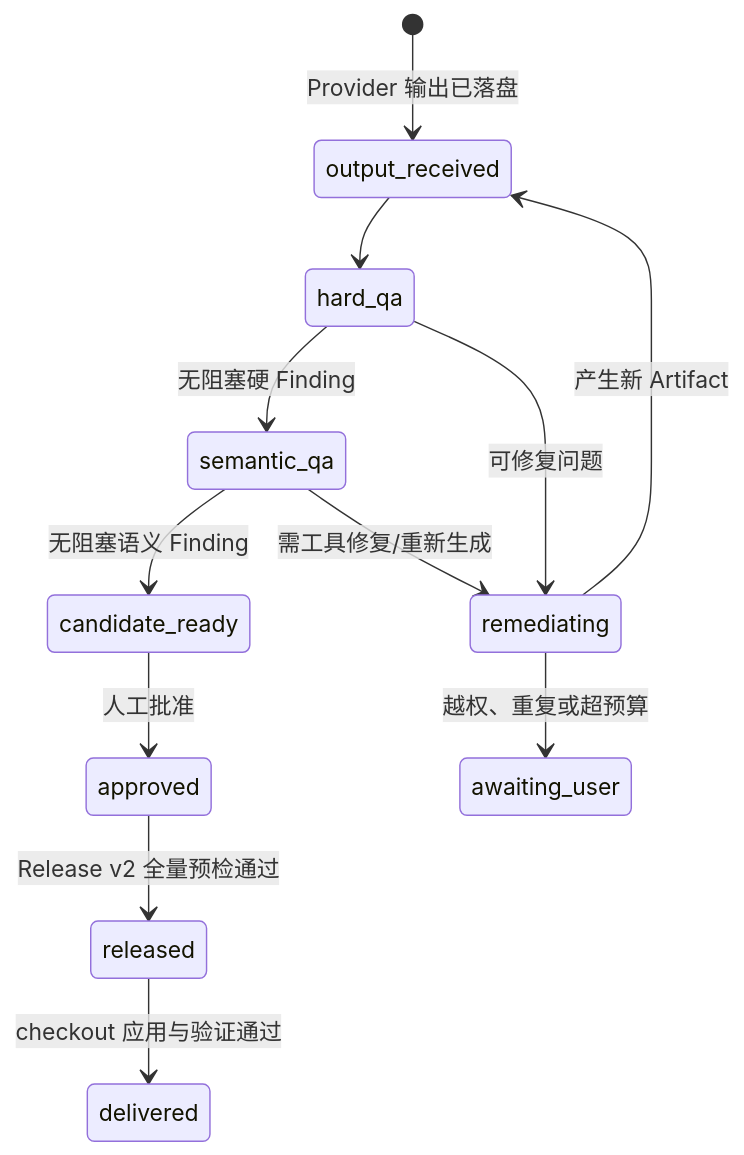
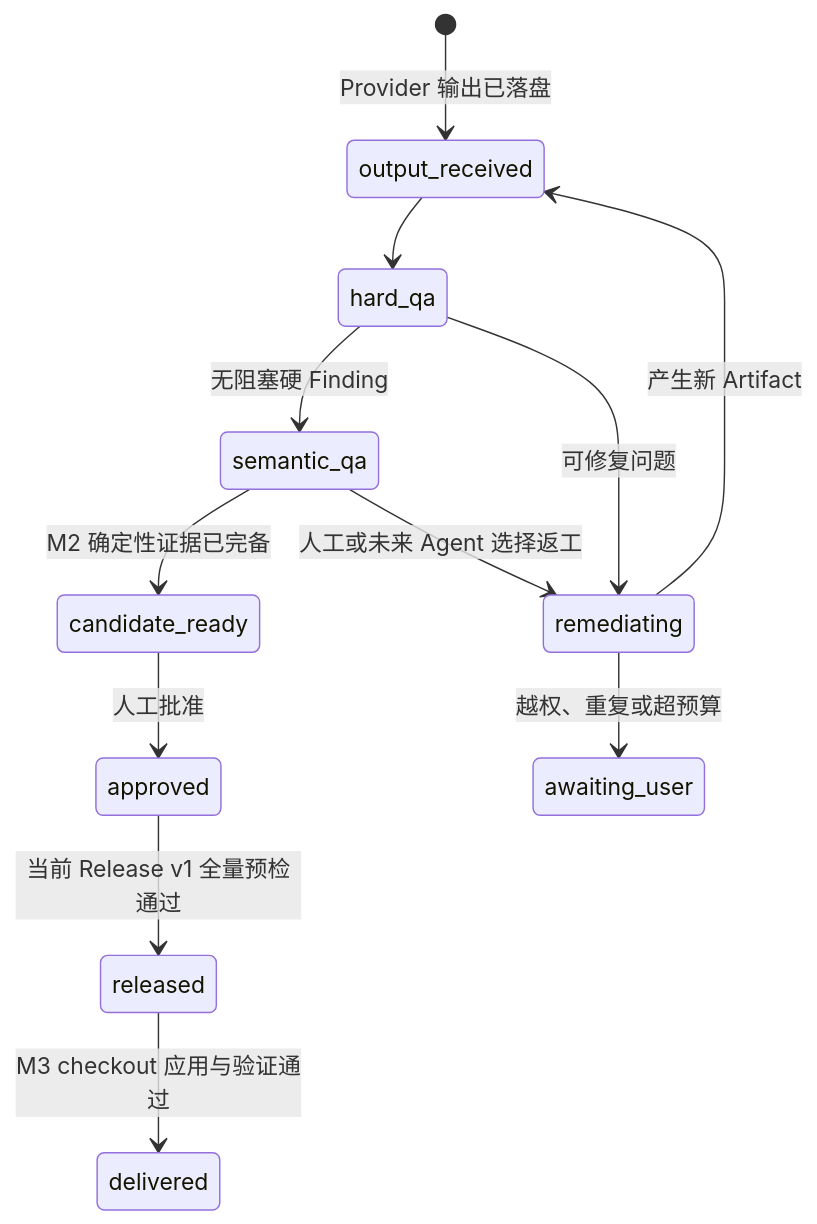
One commit to PYPARA/Game-Asset-Management-System changed the second of 3 diagrams in docs/system-logic.md. Above: the diagram before and after it, drawn with Mermaid. The commit also changed other lines of this file and 29 other files, not shown here.

````diff
--- a/docs/system-logic.md
+++ b/docs/system-logic.md
@@ -126,14 +128,14 @@
 ```mermaid
 stateDiagram-v2
     [*] --> output_received: Provider 输出已落盘
     output_received --> hard_qa
     hard_qa --> semantic_qa: 无阻塞硬 Finding
     hard_qa --> remediating: 可修复问题
-    semantic_qa --> candidate_ready: 无阻塞语义 Finding
-    semantic_qa --> remediating: 需工具修复/重新生成
+    semantic_qa --> candidate_ready: M2 确定性证据已完备
+    semantic_qa --> remediating: 人工或未来 Agent 选择返工
     remediating --> output_received: 产生新 Artifact
     remediating --> awaiting_user: 越权、重复或超预算
     candidate_ready --> approved: 人工批准
-    approved --> released: Release v2 全量预检通过
-    released --> delivered: checkout 应用与验证通过
+    approved --> released: 当前 Release v1 全量预检通过
+    released --> delivered: M3 checkout 应用与验证通过
 ```
````
